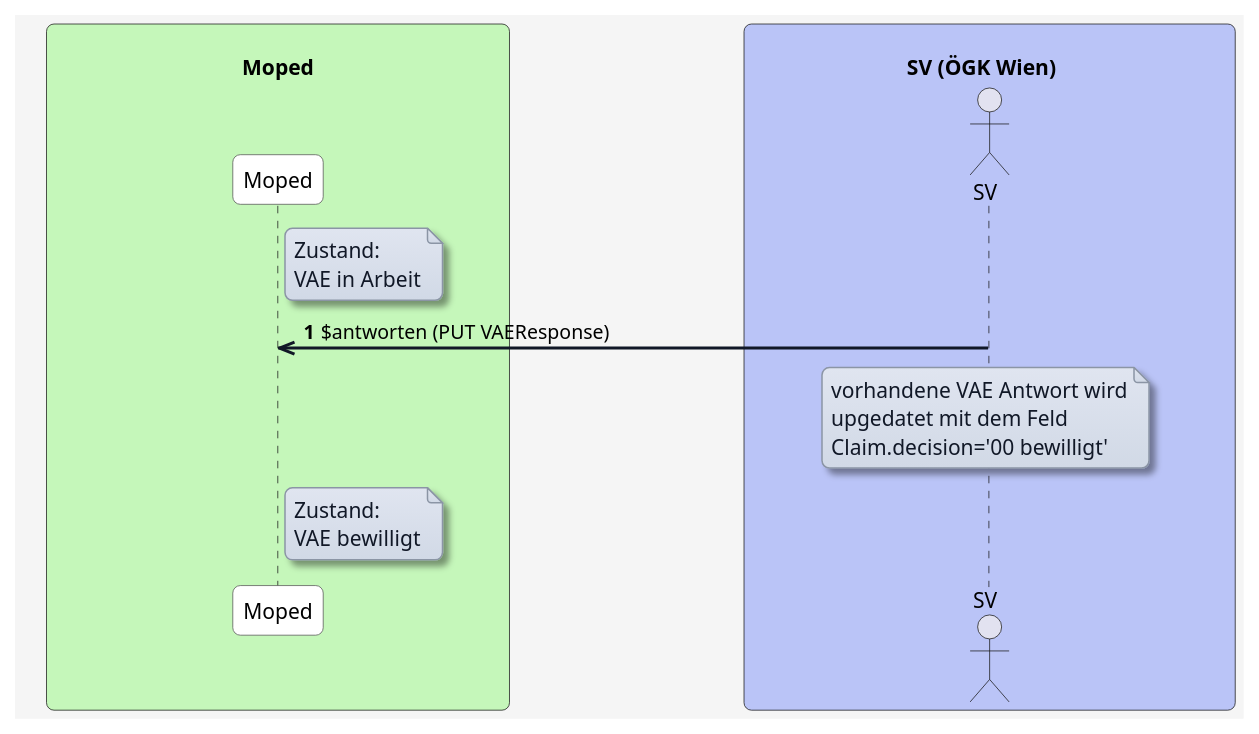
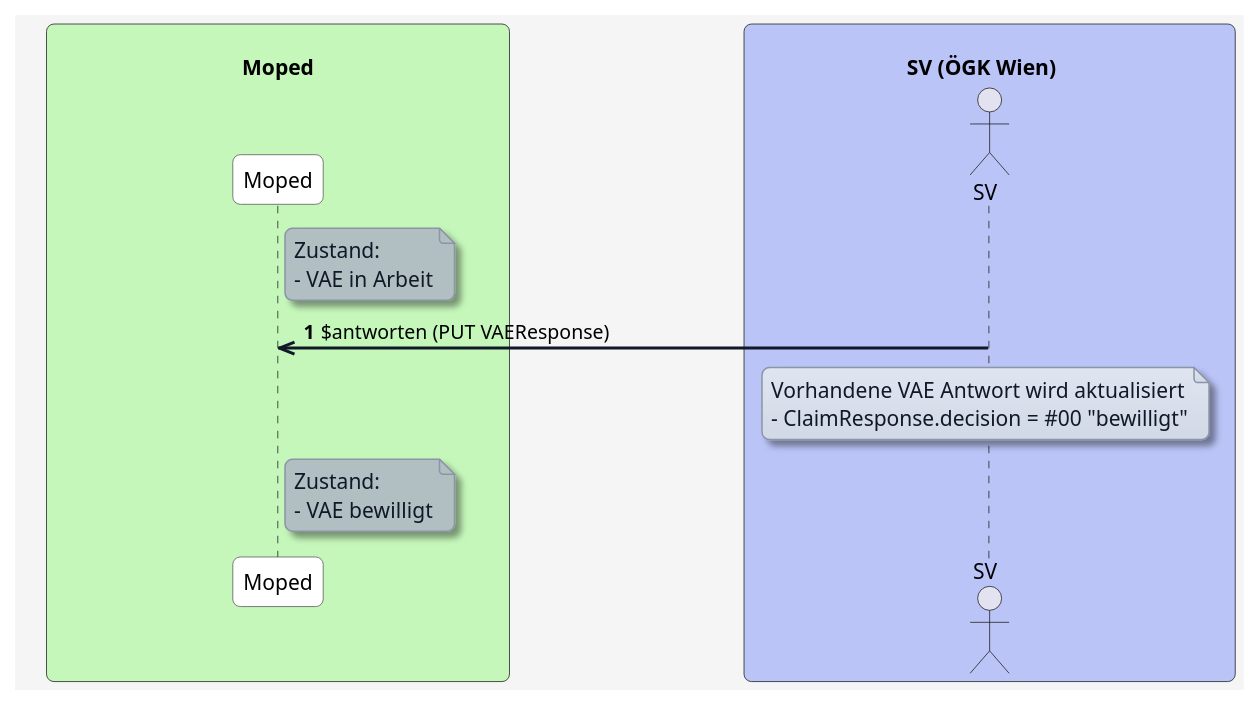
One commit to HL7Austria/ELGA-MOPED-R5 changed the diagram in input/images-source/antworten-in-arbeit-bewilligt.plantuml. Above: the diagram before and after it, drawn with PlantUML. The commit also changed 8 other files, not shown here.

```diff
--- a/input/images-source/antworten-in-arbeit-bewilligt.plantuml
+++ b/input/images-source/antworten-in-arbeit-bewilligt.plantuml
@@ -1,64 +1,67 @@
 @startuml
 skinparam borderColor #000000
 skinparam backgroundColor #f5f5f5
 skinparam shadowing false
 skinparam roundCorner 10
 skinparam defaultFontName "Arial"
 skinparam defaultFontSize 14
 skinparam defaultFontColor #000000
 
 skinparam note {
   BackgroundColor #e0e5f0-#d1d9e6
   BorderColor #8b95a5
   BorderThickness 1
   RoundCorner 8
   Padding 6
   FontColor #111827
   Shadowing true
 }
 
 skinparam HyperlinkColor #0000EE
 skinparam HyperlinkUnderline false
 
 skinparam sequence {
   ParticipantBorderColor #555555
   ParticipantBackgroundColor #ffffff
   ParticipantFontColor #000000
   ParticipantFontSize 14
   ParticipantPadding 20
   ArrowColor #111827
   ArrowThickness 2
   ArrowFontColor #000000
   ArrowFontSize 13
   GroupBorderColor #111827
   GroupBackgroundColor #f3f4f6
   GroupBorderThickness 1
 }
 
 skinparam BoxPadding 20
 skinparam BoxBorderColor #555555
 
 box "\n                                   Moped                                   " #c5f7ba
   participant MP as "Moped"
 end box
 
 box "\n                             SV (ÖGK Wien)                                " #bac4f7
   actor SV as "SV"
 end box
 
 autonumber
 
-note right of MP
+note right of MP #b2bfc2
 Zustand:
-VAE in Arbeit
+- VAE in Arbeit
 end note
 
 SV ->> MP: $antworten (PUT VAEResponse)
-Note over SV: vorhandene VAE Antwort wird\nupgedatet mit dem Feld \nClaim.decision='00 bewilligt'
+note over SV
+Vorhandene VAE Antwort wird aktualisiert
+- ClaimResponse.decision = #00 "bewilligt"
+end note
 
-note right of MP
+note right of MP #b2bfc2
 Zustand:
-VAE bewilligt
+- VAE bewilligt
 end note
 
 @enduml
```
